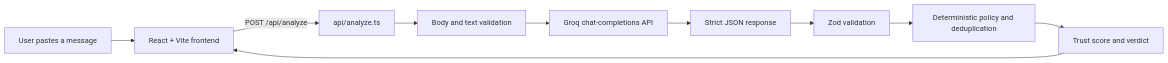
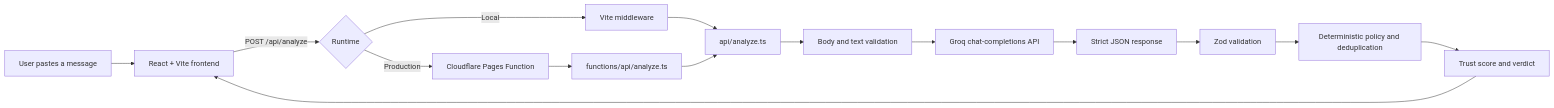
The diagram in README.md (bh462007/RedFlag), drawn with Mermaid before and after one commit. The commit also changed other lines of this file, not shown here.

````diff
--- a/README.md
+++ b/README.md
@@ -62,12 +65,17 @@
 ```mermaid
 flowchart LR
     User[User pastes a message] --> UI[React + Vite frontend]
-    UI -->|POST /api/analyze| API[api/analyze.ts]
+    UI -->|POST /api/analyze| Runtime{Runtime}
+    Runtime -->|Local| Vite[Vite middleware]
+    Runtime -->|Production| Pages[Cloudflare Pages Function]
+    Vite --> API[api/analyze.ts]
+    Pages --> Adapter[functions/api/analyze.ts]
+    Adapter --> API
     API --> Input[Body and text validation]
     Input --> Groq[Groq chat-completions API]
     Groq --> Provider[Strict JSON response]
     Provider --> Validate[Zod validation]
     Validate --> Policy[Deterministic policy and deduplication]
     Policy --> Score[Trust score and verdict]
     Score --> UI
 ```
````
